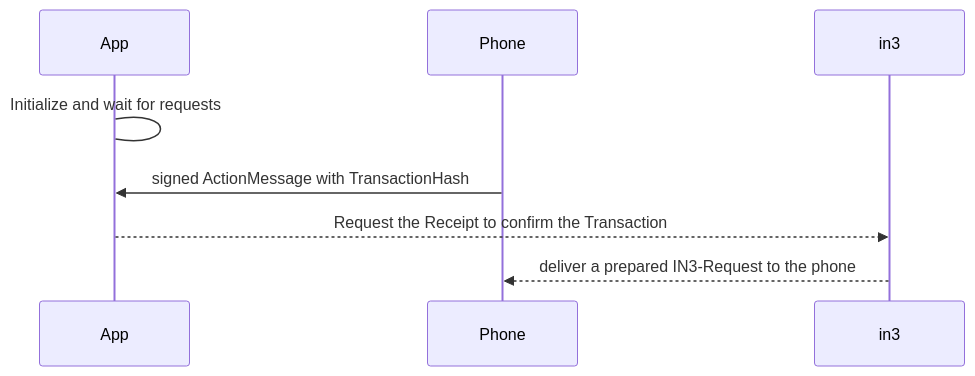
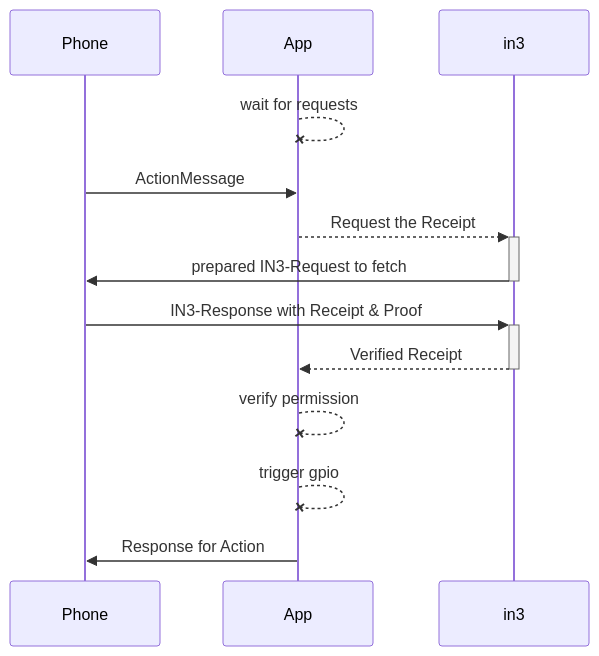
One commit to blockchainsllc/in3 changed the first of 2 diagrams in docs/USN-APP.md. Above: the diagram before and after it, drawn with Mermaid. The commit also changed other lines of this file, not shown here.

````diff
--- a/docs/USN-APP.md
+++ b/docs/USN-APP.md
@@ -3,8 +3,18 @@
 ```mermaid
 sequenceDiagram
-    App->App: Initialize and wait for requests
-    Phone->>App: signed ActionMessage with TransactionHash
-    App-->>in3: Request the Receipt to confirm the Transaction
-    in3-->>Phone: deliver a prepared IN3-Request to the phone
-    
+
+    participant Phone
+    participant App
+    participant in3
+
+    App--xApp: wait for requests
+    Phone->>App: ActionMessage
+    App-->>+in3: Request the Receipt
+    in3->>-Phone: prepared IN3-Request to fetch
+    Phone->>+in3: IN3-Response with Receipt & Proof
+    in3-->>-App: Verified Receipt
+    App--xApp: verify permission 
+    App--xApp: trigger gpio 
+    App->>Phone: Response for Action
+
 ```
````
